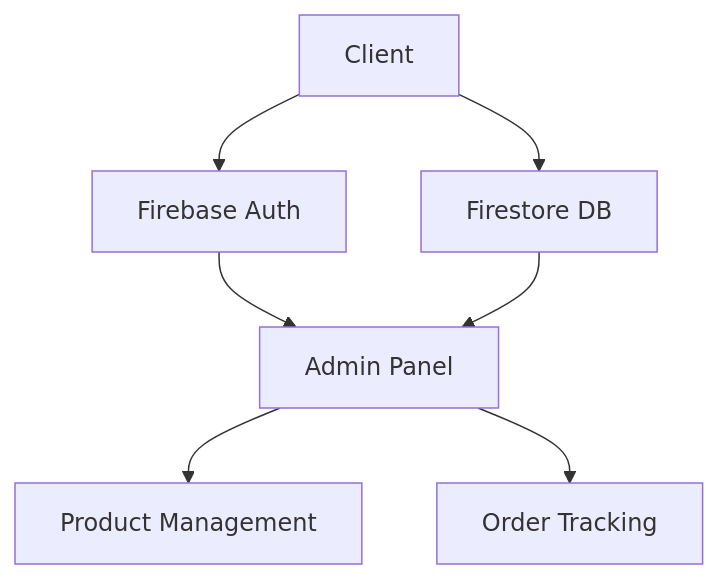
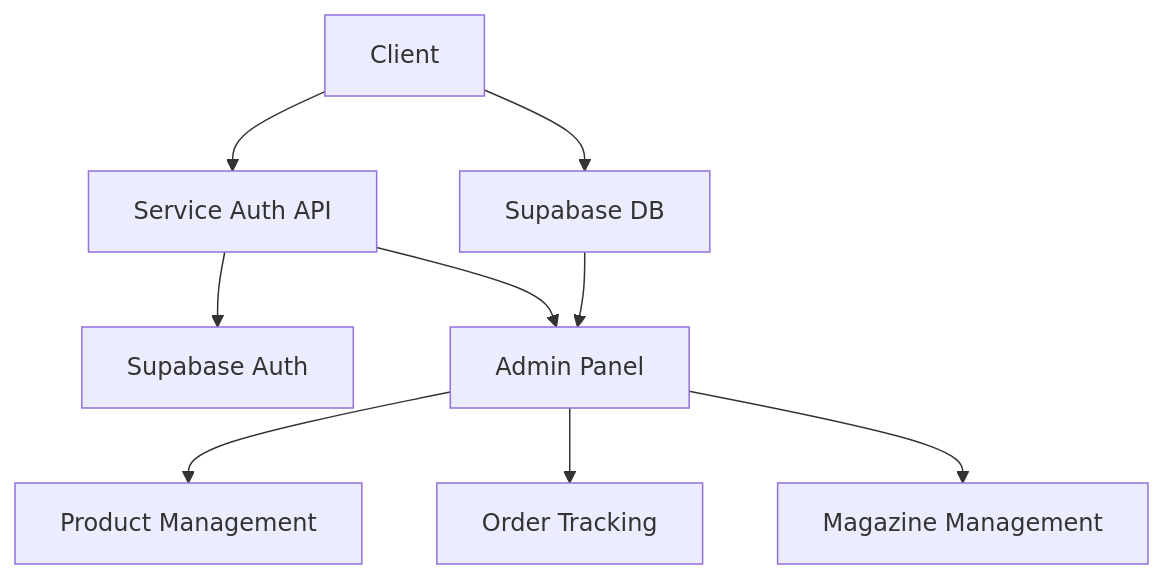
Before and after one commit to inherbver/inHerbisVeritas: the first of 4 diagrams in ARCHITECTURE.md, drawn with Mermaid. The commit also changed other lines of this file and 9 other files, not shown here.

````diff
--- a/ARCHITECTURE.md
+++ b/ARCHITECTURE.md
@@ -4,9 +4,11 @@
 ```mermaid
 graph TD
-  A[Client] --> B[Firebase Auth]
-  A --> C[Firestore DB]
-  B --> D[Admin Panel]
-  C --> D
-  D --> E[Product Management]
-  D --> F[Order Tracking]
+  A[Client] --> B[Service Auth API]
+  B --> C[Supabase Auth]
+  A --> D[Supabase DB]
+  B --> E[Admin Panel]
+  D --> E
+  E --> F[Product Management]
+  E --> G[Order Tracking]
+  E --> H[Magazine Management]
 ```
````
